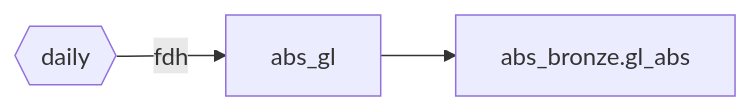
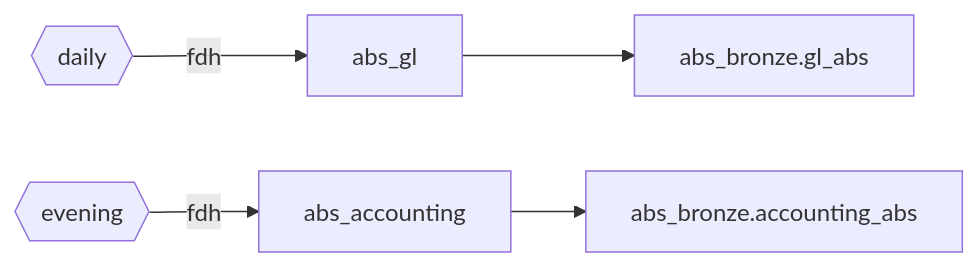
Before and after one commit to NitinKeshavB/framework: the diagram in framework_ingestion/SOURCE_MAP.md, drawn with Mermaid. The commit also changed other lines of this file and 19 other files, not shown here.

Commit message:
Feature: schema evolution, rescuing using backfill job tested

````diff
--- a/framework_ingestion/SOURCE_MAP.md
+++ b/framework_ingestion/SOURCE_MAP.md
@@ -25,6 +27,9 @@
 ```mermaid
 flowchart LR
   abs_daily{{daily}}
+  abs_evening{{evening}}
+  abs_evening -->|fdh| abs_accounting[abs_accounting]
+  abs_accounting --> abs_bronze_accounting_abs[abs_bronze.accounting_abs]
   abs_daily -->|fdh| abs_gl[abs_gl]
   abs_gl --> abs_bronze_gl_abs[abs_bronze.gl_abs]
 ```
````
